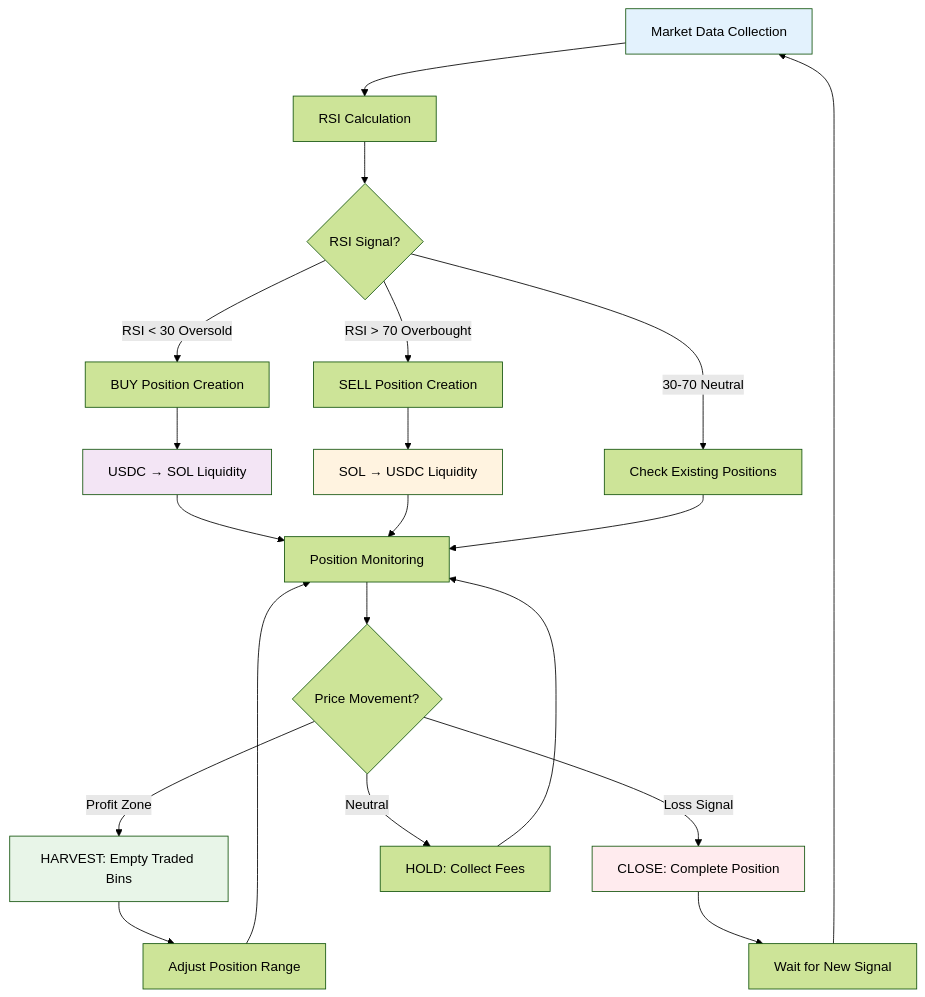
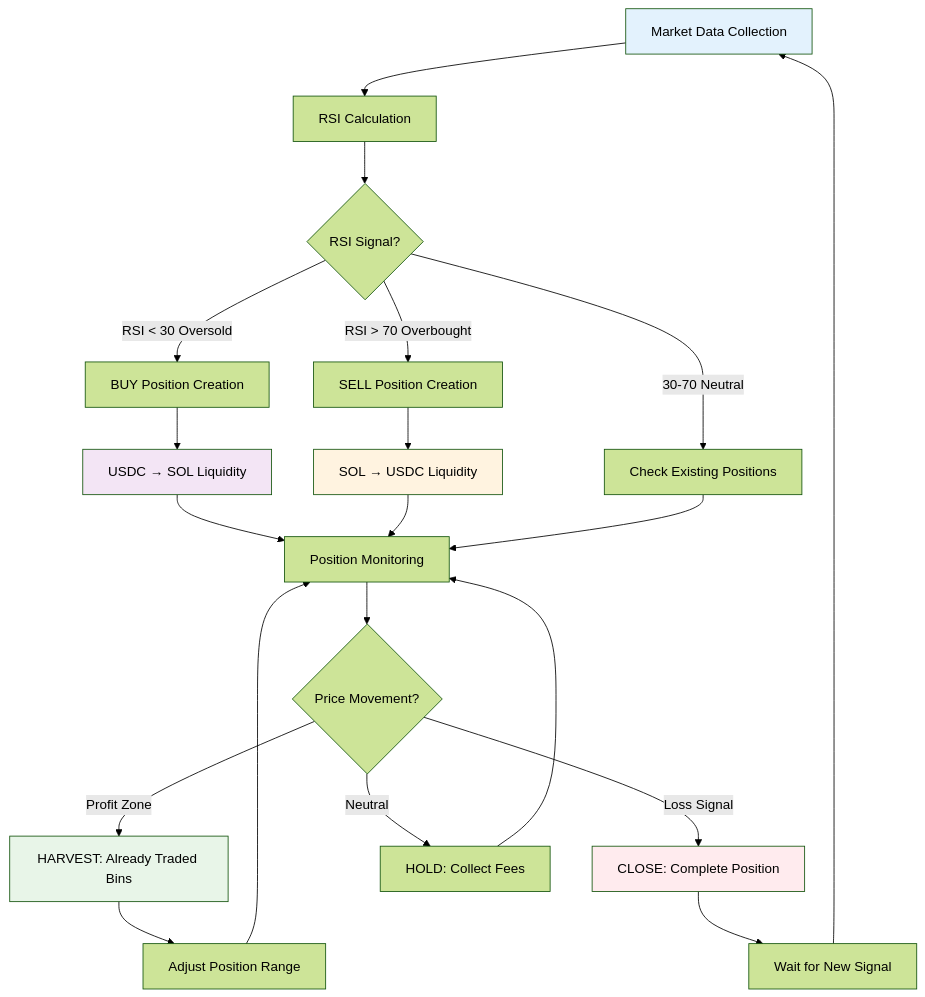
Before and after one commit to SoldevBot/meteora-rsi-trading-bot: the second of 13 diagrams in README.md, drawn with Mermaid (forest theme). The commit also changed other lines of this file, not shown here.

Commit message:
adjust readme

````diff
--- a/README.md
+++ b/README.md
@@ -65,34 +65,34 @@
 ```mermaid
 flowchart TD
     A[Market Data Collection] --> B[RSI Calculation]
     B --> C{RSI Signal?}
     
     C -->|RSI < 30 Oversold| D[BUY Position Creation]
     C -->|RSI > 70 Overbought| E[SELL Position Creation]
     C -->|30-70 Neutral| F[Check Existing Positions]
     
     D --> G[USDC → SOL Liquidity]
     E --> H[SOL → USDC Liquidity]
     
     G --> I[Position Monitoring]
     H --> I
     F --> I
     
     I --> J{Price Movement?}
     
-    J -->|Profit Zone| K[HARVEST: Empty Traded Bins]
+    J -->|Profit Zone| K[HARVEST: Already Traded Bins]
     J -->|Loss Signal| L[CLOSE: Complete Position]
     J -->|Neutral| M[HOLD: Collect Fees]
     
     K --> N[Adjust Position Range]
     N --> I
     L --> O[Wait for New Signal]
     M --> I
     O --> A
     
     style A fill:#e3f2fd
     style K fill:#e8f5e8
     style L fill:#ffebee
     style G fill:#f3e5f5
     style H fill:#fff3e0
 ```
````
